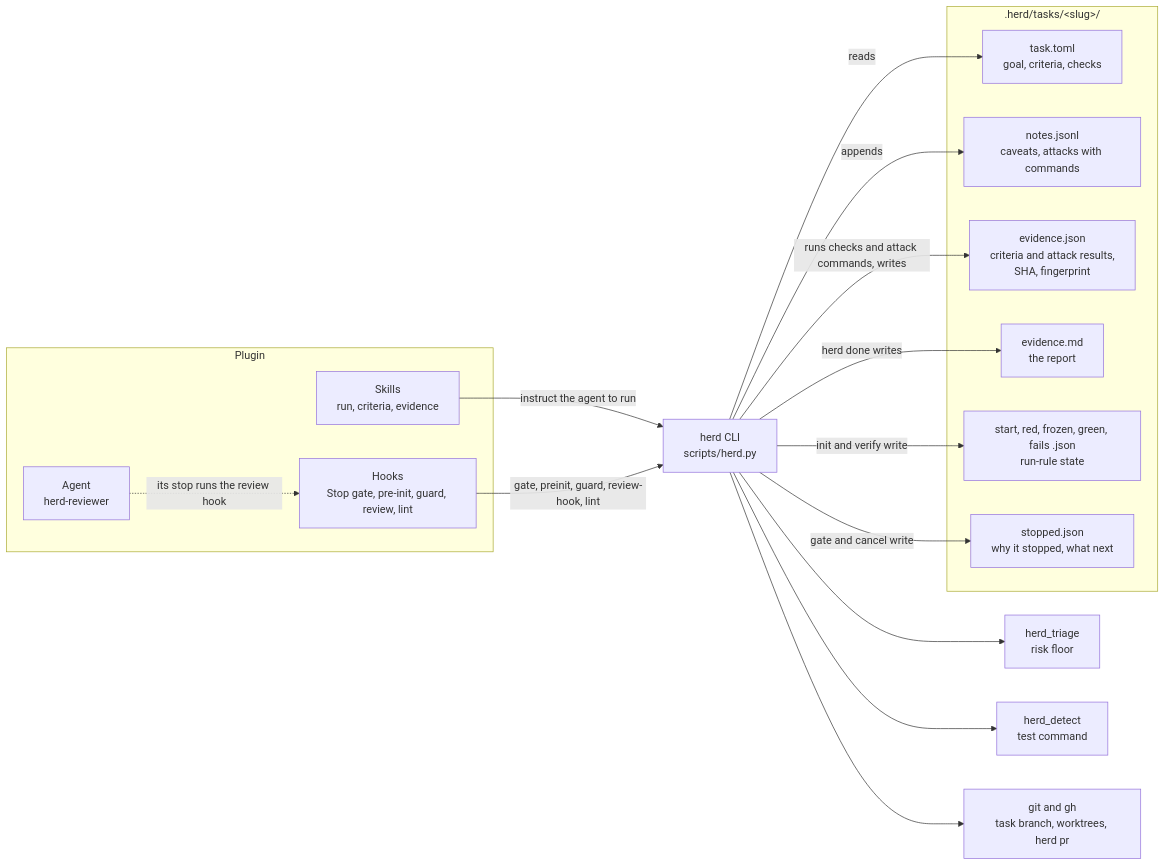
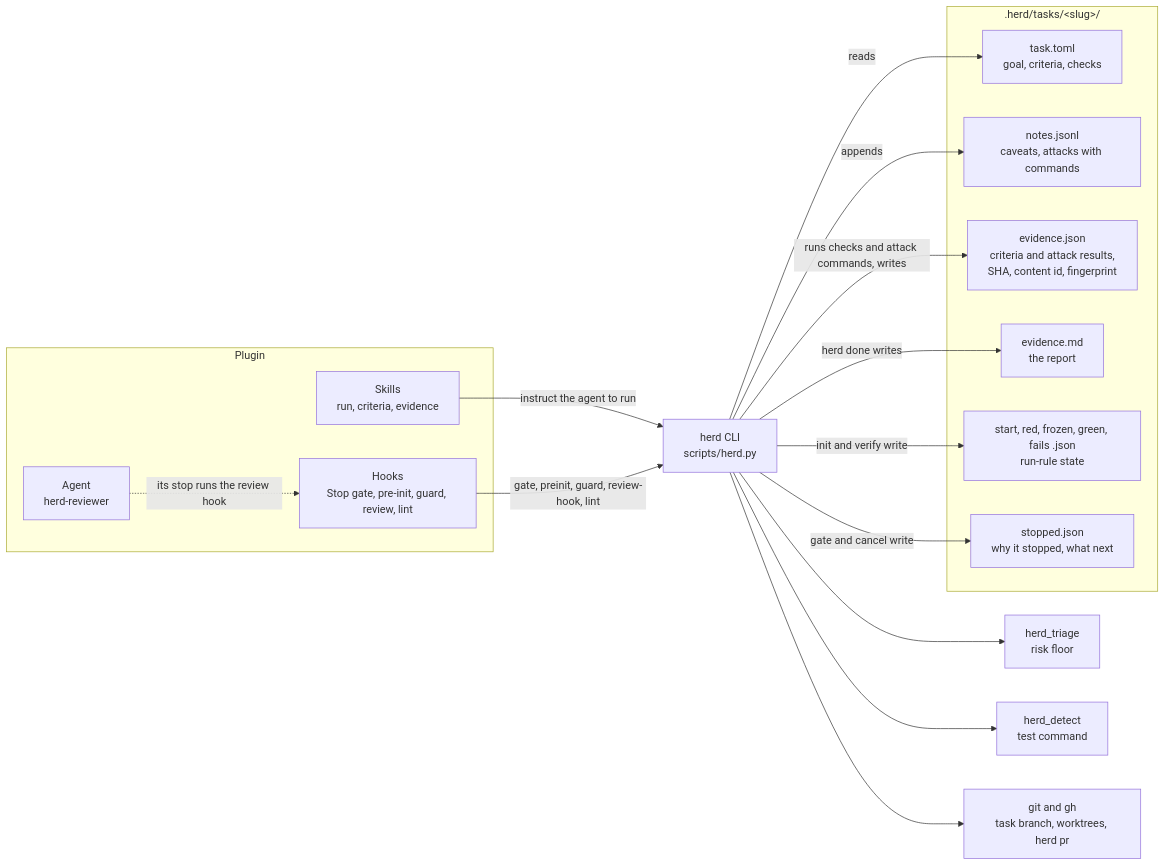
One commit to Beovulfo/herd-sdlc changed the second of 2 diagrams in README.md. Above: the diagram before and after it, drawn with Mermaid. The commit also changed other lines of this file and 6 other files, not shown here.

````diff
--- a/README.md
+++ b/README.md
@@ -139,32 +139,32 @@
 ```mermaid
 flowchart LR
     subgraph Plugin
         S["Skills<br/>run, criteria, evidence"]
         H["Hooks<br/>Stop gate, pre-init, guard, review, lint"]
         A["Agent<br/>herd-reviewer"]
     end
     CLI["herd CLI<br/>scripts/herd.py"]
     T["herd_triage<br/>risk floor"]
     D["herd_detect<br/>test command"]
     G["git and gh<br/>task branch, worktrees, herd pr"]
     subgraph State[".herd/tasks/&lt;slug&gt;/"]
         TT["task.toml<br/>goal, criteria, checks"]
         NO["notes.jsonl<br/>caveats, attacks with commands"]
-        EV["evidence.json<br/>criteria and attack results,<br/>SHA, fingerprint"]
+        EV["evidence.json<br/>criteria and attack results,<br/>SHA, content id, fingerprint"]
         RP["evidence.md<br/>the report"]
         RR["start, red, frozen, green, fails .json<br/>run-rule state"]
         SR["stopped.json<br/>why it stopped, what next"]
     end
     S -->|instruct the agent to run| CLI
     H -->|gate, preinit, guard, review-hook, lint| CLI
     A -.->|its stop runs the review hook| H
     CLI --> T
     CLI --> D
     CLI --> G
     CLI -->|reads| TT
     CLI -->|appends| NO
     CLI -->|runs checks and attack commands, writes| EV
     CLI -->|herd done writes| RP
     CLI -->|init and verify write| RR
     CLI -->|gate and cancel write| SR
 ```
````
